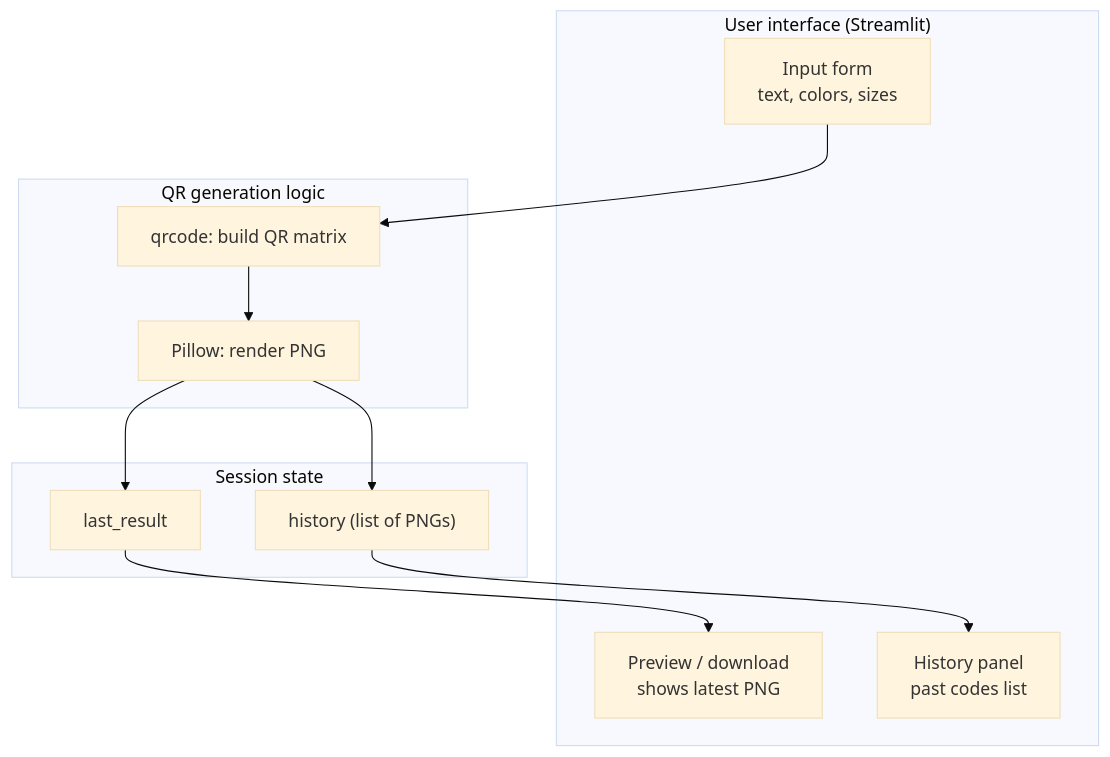
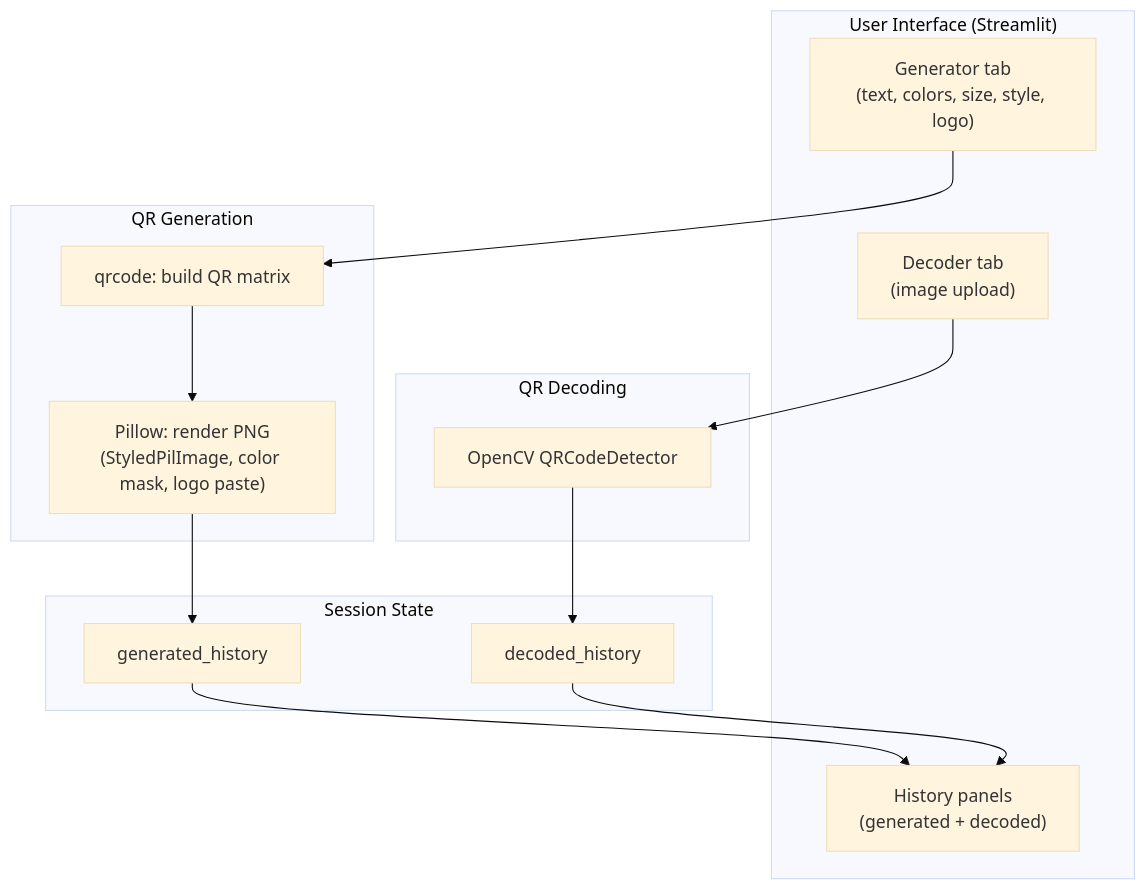
The diagram in README.md (vedasm/QR-Code-Generator), drawn with Mermaid (base theme) before and after one commit. The commit also changed other lines of this file, not shown here.

````diff
--- a/README.md
+++ b/README.md
@@ -16,25 +24,25 @@
 ```mermaid
 flowchart TB
-    subgraph UI["User interface (Streamlit)"]
-        A[Input form<br/>text, colors, sizes]
-        B[Preview / download<br/>shows latest PNG]
-        C[History panel<br/>past codes list]
+    subgraph UI["User Interface (Streamlit)"]
+        A["Generator tab\n(text, colors, size, style, logo)"]
+        B["Decoder tab\n(image upload)"]
+        C["History panels\n(generated + decoded)"]
     end
 
-    subgraph GEN["QR generation logic"]
+    subgraph GEN["QR Generation"]
         D[qrcode: build QR matrix]
-        E[Pillow: render PNG]
+        E["Pillow: render PNG\n(StyledPilImage, color mask, logo paste)"]
     end
 
-    subgraph STATE["Session state"]
-        F[last_result]
-        G["history (list of PNGs)"]
+    subgraph DEC["QR Decoding"]
+        F[OpenCV QRCodeDetector]
     end
 
-    A --> D
-    D --> E
-    E --> F
-    E --> G
-    F --> B
-    G --> C
+    subgraph STATE["Session State"]
+        G[generated_history]
+        H[decoded_history]
+    end
+
+    A --> D --> E --> G --> C
+    B --> F --> H --> C
 ```
````
